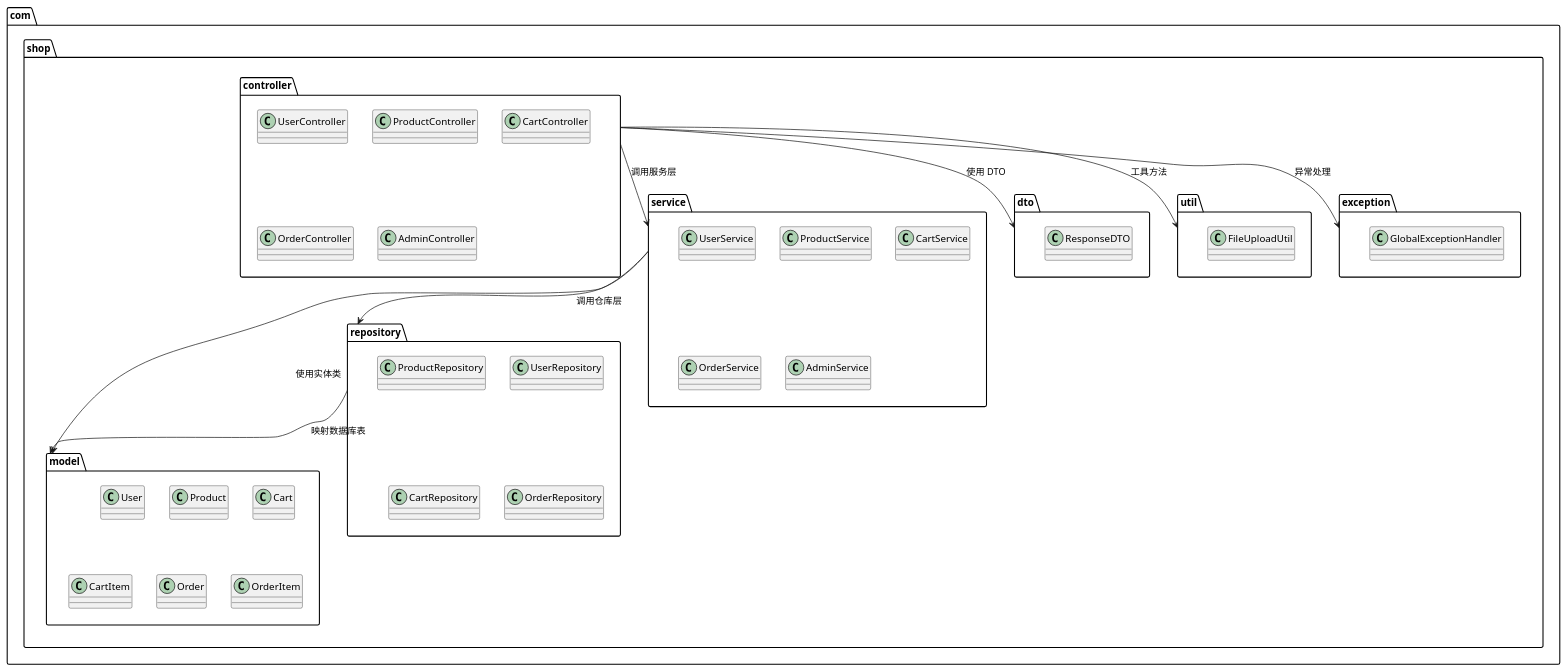
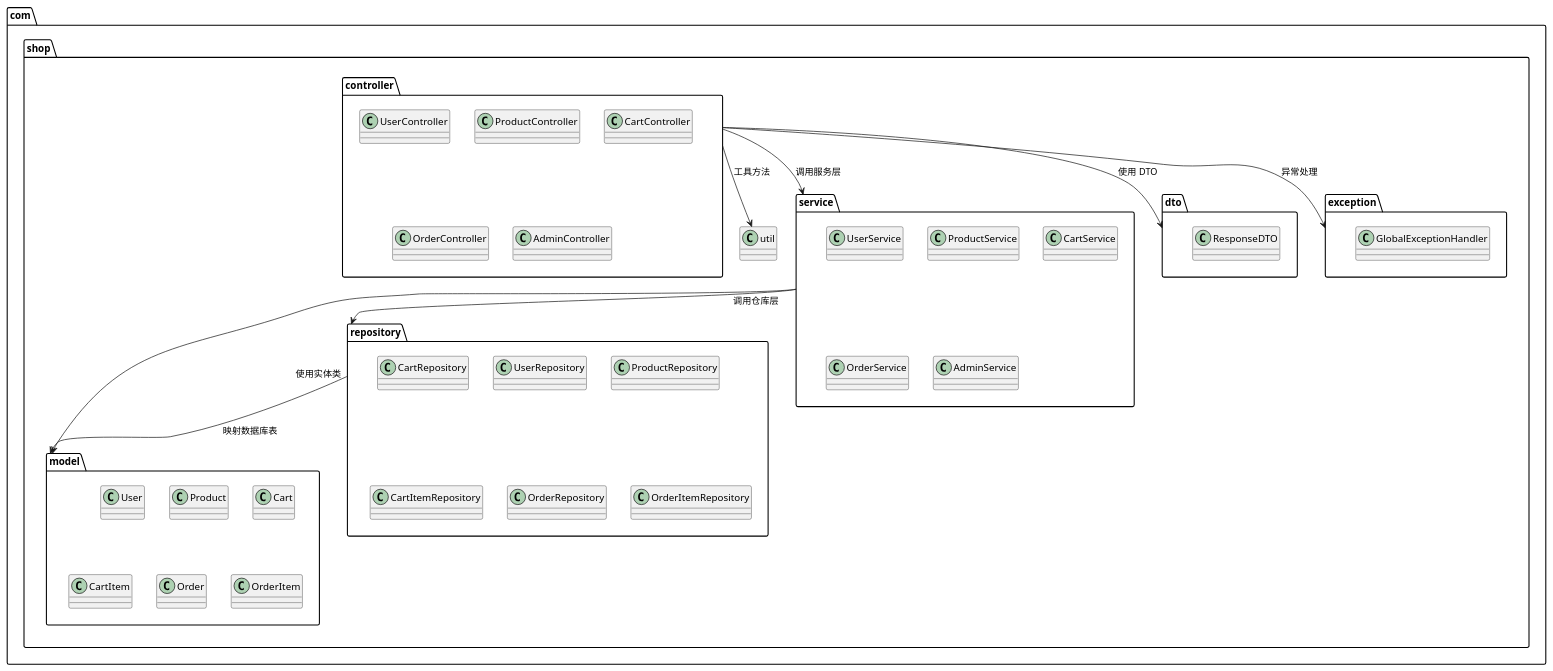
The first of 2 diagrams in design/summary_design.md (lyds1018/uml_final_assignment), drawn with PlantUML before and after one commit. The commit also changed other lines of this file and 9 other files, not shown here.

````diff
--- a/design/summary_design.md
+++ b/design/summary_design.md
@@ -78,59 +77,57 @@
 ```plantuml
 @startuml package_structure
 
 package "com.shop.controller" {
   class UserController
   class ProductController
   class CartController
   class OrderController
   class AdminController
 }
 
 package "com.shop.service" {
   class UserService
   class ProductService
   class CartService
   class OrderService
   class AdminService
 }
 
 package "com.shop.repository" {
   class UserRepository
   class ProductRepository
   class CartRepository
+  class CartItemRepository
   class OrderRepository
+  class OrderItemRepository
 }
 
 package "com.shop.model" {
   class User
   class Product
   class Cart
   class CartItem
   class Order
   class OrderItem
 }
 
 package "com.shop.dto" {
   class ResponseDTO
-}
-
-package "com.shop.util" {
-  class FileUploadUtil
 }
 
 package "com.shop.exception" {
   class GlobalExceptionHandler
 }
 
 ' 定义包之间的依赖关系
 "com.shop.controller" --> "com.shop.service" : 调用服务层
 "com.shop.service" --> "com.shop.repository" : 调用仓库层
 "com.shop.service" --> "com.shop.model" : 使用实体类
 "com.shop.repository" --> "com.shop.model" : 映射数据库表
 "com.shop.controller" --> "com.shop.dto" : 使用 DTO
 "com.shop.controller" --> "com.shop.exception" : 异常处理
 "com.shop.controller" --> "com.shop.util" : 工具方法
 
 @enduml
 
 ```
````
